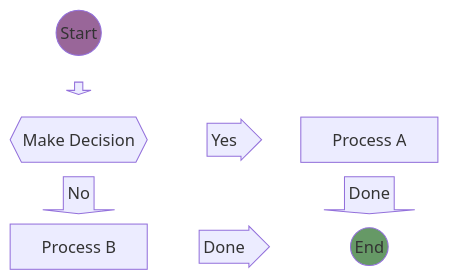
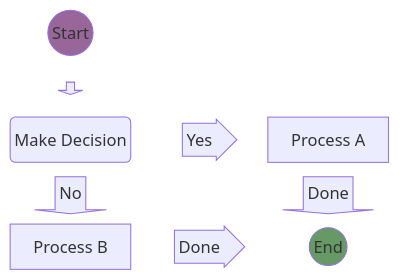
One commit to cioina/next-dwightwatson changed the fifth of 5 diagrams in posts/20230219-svg-icons.mdx. Above: the diagram before and after it, drawn with Mermaid. The commit also changed other lines of this file, not shown here.

````diff
--- a/posts/20230219-svg-icons.mdx
+++ b/posts/20230219-svg-icons.mdx
@@ -23,12 +84,12 @@
 ```mermaid
 block-beta
   columns 3
   Start(("Start")) space:2
   down<[" "]>(down) space:2
-  Decision{{"Make Decision"}} right<["Yes"]>(right) Process1["Process A"]
+  Decision("Make Decision") right<["Yes"]>(right) Process1["Process A"]
   downAgain<["No"]>(down) space r3<["Done"]>(down)
   Process2["Process B"] r2<["Done"]>(right) End(("End"))
 
   style Start fill:#969;
   style End fill:#696;
 ```
````
